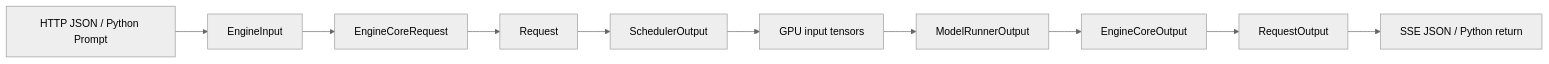
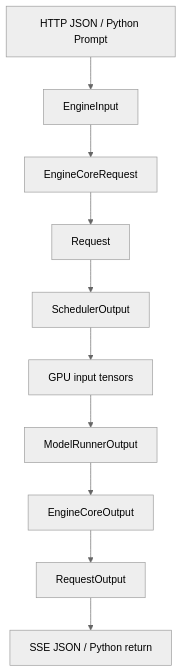
Diagram 11 of 16 in book/02-vllm-architecture/README.md (cluster1900/vllm_reader), drawn with Mermaid (neutral theme) before and after one commit. The commit also changed other lines of this file and 38 other files, not shown here.

````diff
--- a/book/02-vllm-architecture/README.md
+++ b/book/02-vllm-architecture/README.md
@@ -683,12 +699,12 @@
 ```mermaid
-flowchart LR
+flowchart TD
     A[HTTP JSON / Python Prompt] --> B[EngineInput]
     B --> C[EngineCoreRequest]
     C --> D[Request]
     D --> E[SchedulerOutput]
     E --> F[GPU input tensors]
     F --> G[ModelRunnerOutput]
     G --> H[EngineCoreOutput]
     H --> I[RequestOutput]
     I --> J[SSE JSON / Python return]
 ```
````
